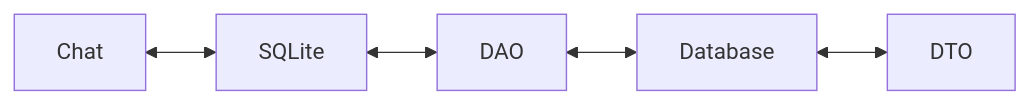
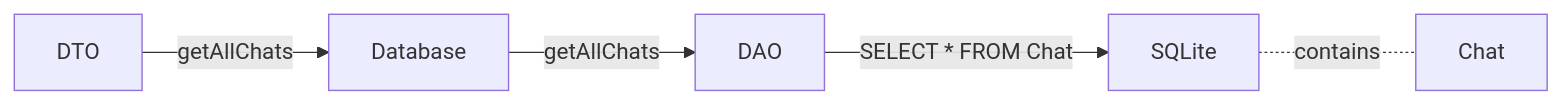
The diagram in README.md (csoltenborn/app_entwicklung_BFAX422A), drawn with Mermaid before and after one commit.

````diff
--- a/README.md
+++ b/README.md
@@ -243,7 +243,7 @@
 ```mermaid
-flowchart RL;
-    DTO <--> Database
-    Database <--> DAO
-    DAO <--> SQLite
-    SQLite <--> Chat
+flowchart LR
+    SQLite -. contains .- Chat
+    DAO -- SELECT * FROM Chat --> SQLite
+    Database -- getAllChats --> DAO
+    DTO -- getAllChats --> Database
 ```
````
